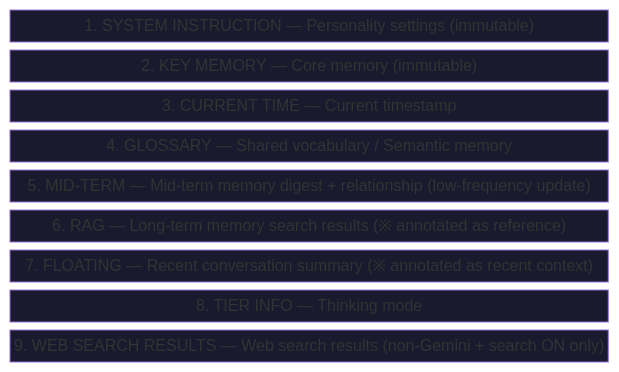
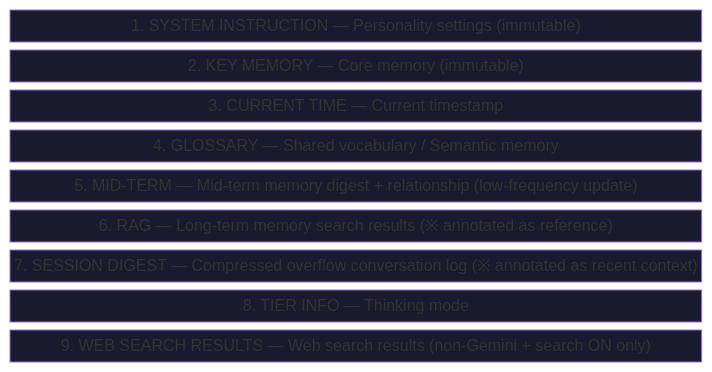
One commit to unagisann/Butly changed the second of 7 diagrams in docs/DIAGRAMS.md. Above: the diagram before and after it, drawn with Mermaid. The commit also changed other lines of this file and 32 other files, not shown here.

Commit message:
refactor(memory): rename floating summary to session digest

````diff
--- a/docs/DIAGRAMS.md
+++ b/docs/DIAGRAMS.md
@@ -44,23 +44,23 @@
 ```mermaid
 block-beta
     columns 1
     A["1. SYSTEM INSTRUCTION — Personality settings (immutable)"]
     B["2. KEY MEMORY — Core memory (immutable)"]
     C["3. CURRENT TIME — Current timestamp"]
     D["4. GLOSSARY — Shared vocabulary / Semantic memory"]
     E["5. MID-TERM — Mid-term memory digest + relationship (low-frequency update)"]
     F["6. RAG — Long-term memory search results (※ annotated as reference)"]
-    G["7. FLOATING — Recent conversation summary (※ annotated as recent context)"]
+    G["7. SESSION DIGEST — Compressed overflow conversation log (※ annotated as recent context)"]
     H["8. TIER INFO — Thinking mode"]
     I["9. WEB SEARCH RESULTS — Web search results (non-Gemini + search ON only)"]
 
     style A fill:#1a1a2e,color:#ec4899
     style B fill:#1a1a2e,color:#f59e0b
     style C fill:#1a1a2e,color:#8899aa
     style D fill:#1a1a2e,color:#a78bfa
     style E fill:#1a1a2e,color:#10b981
     style F fill:#1a1a2e,color:#ef4444
     style G fill:#1a1a2e,color:#3b82f6
     style H fill:#1a1a2e,color:#556677
     style I fill:#1a1a2e,color:#f97316
 ```
````
